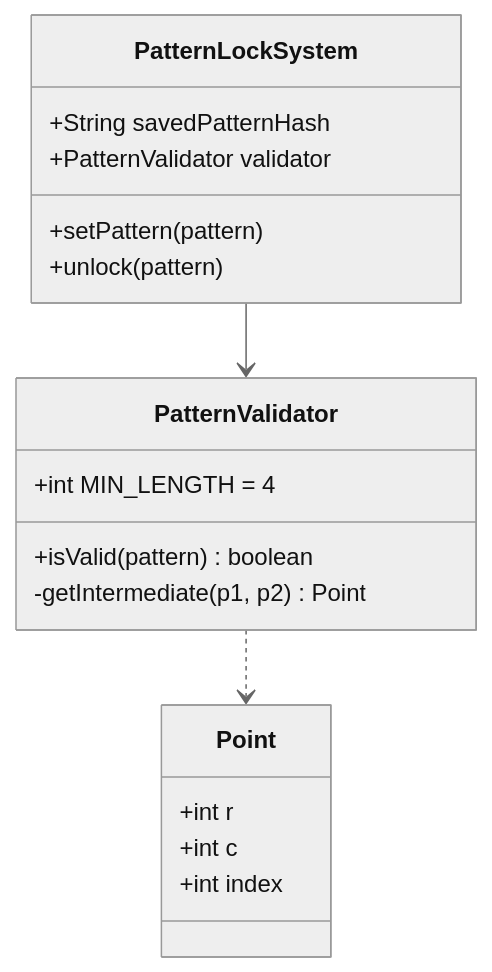
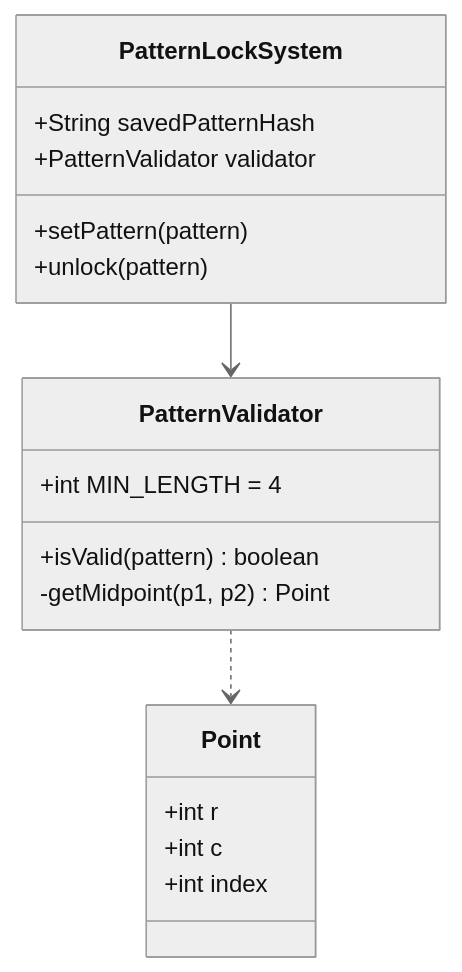
The diagram in lld-problems/problems/23-design-unlock-pattern.md (nishchalnishant/SystemDesign), drawn with Mermaid (neutral theme) before and after one commit. The commit also changed other lines of this file and 22 other files, not shown here.

````diff
--- a/lld-problems/problems/23-design-unlock-pattern.md
+++ b/lld-problems/problems/23-design-unlock-pattern.md
@@ -22,24 +60,24 @@
 ```mermaid
 classDiagram
     class PatternLockSystem {
         +String savedPatternHash
         +PatternValidator validator
         +setPattern(pattern)
         +unlock(pattern)
     }
 
     class PatternValidator {
         +int MIN_LENGTH = 4
         +isValid(pattern) boolean
-        -getIntermediate(p1, p2) Point
+        -getMidpoint(p1, p2) Point
     }
 
     class Point {
         +int r
         +int c
         +int index
     }
 
     PatternLockSystem --> PatternValidator
     PatternValidator ..> Point
 ```
````
